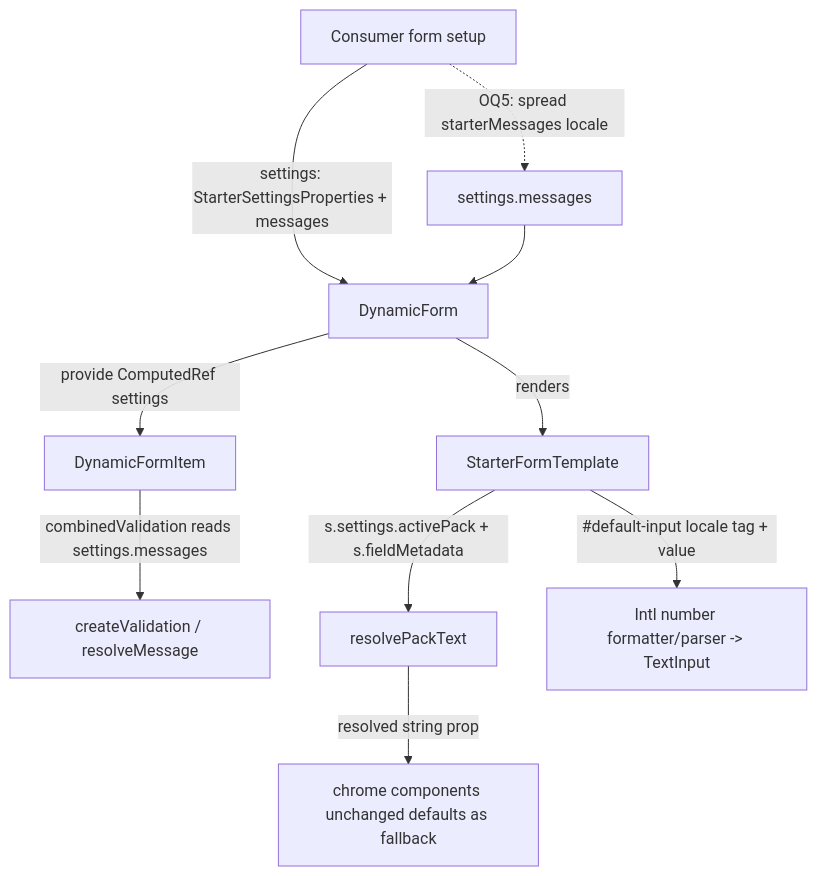
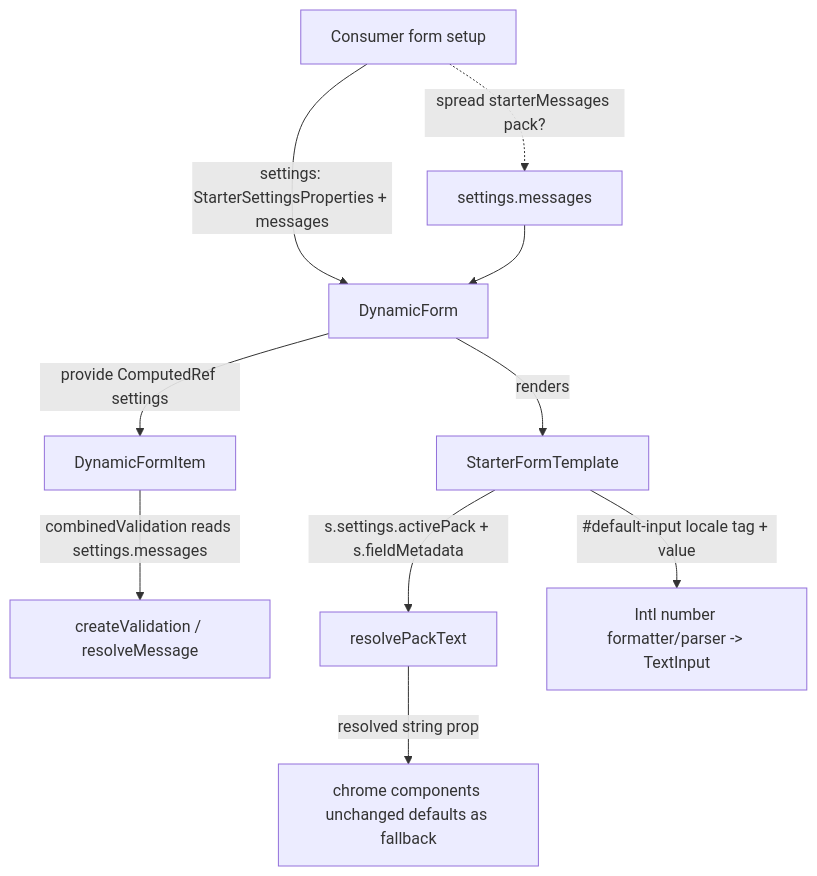
Before and after one commit to jeroenbach/vue-dynamic-form: the diagram in specs/FEAT-012-starter-i18n/spec.md, drawn with Mermaid. The commit also changed other lines of this file and 115 other files, not shown here.

````diff
--- a/specs/FEAT-012-starter-i18n/spec.md
+++ b/specs/FEAT-012-starter-i18n/spec.md
@@ -204,12 +215,12 @@
 ```mermaid
 flowchart TD
   C[Consumer form setup] -->|settings: StarterSettingsProperties + messages| DF[DynamicForm]
-  C -.->|OQ5: spread starterMessages locale| M[settings.messages]
+  C -.->|spread starterMessages pack?| M[settings.messages]
   M --> DF
   DF -->|provide ComputedRef settings| DFI[DynamicFormItem]
   DFI -->|combinedValidation reads settings.messages| V[createValidation / resolveMessage]
   DF -->|renders| T[StarterFormTemplate]
   T -->|s.settings.activePack + s.fieldMetadata| R[resolvePackText]
   R -->|resolved string prop| CH[chrome components unchanged defaults as fallback]
   T -->|#default-input locale tag + value| NF[Intl number formatter/parser -> TextInput]
 ```
````
